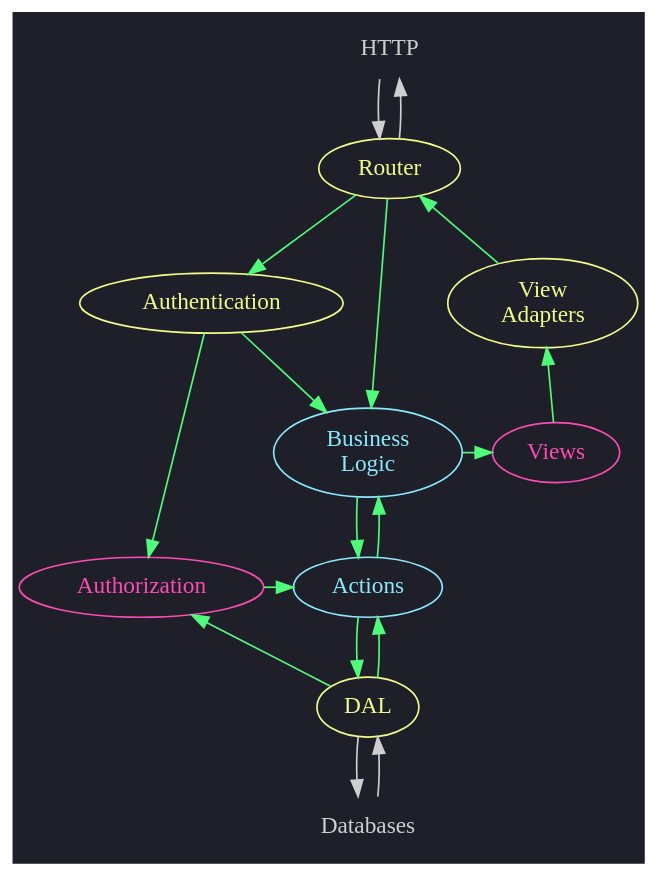
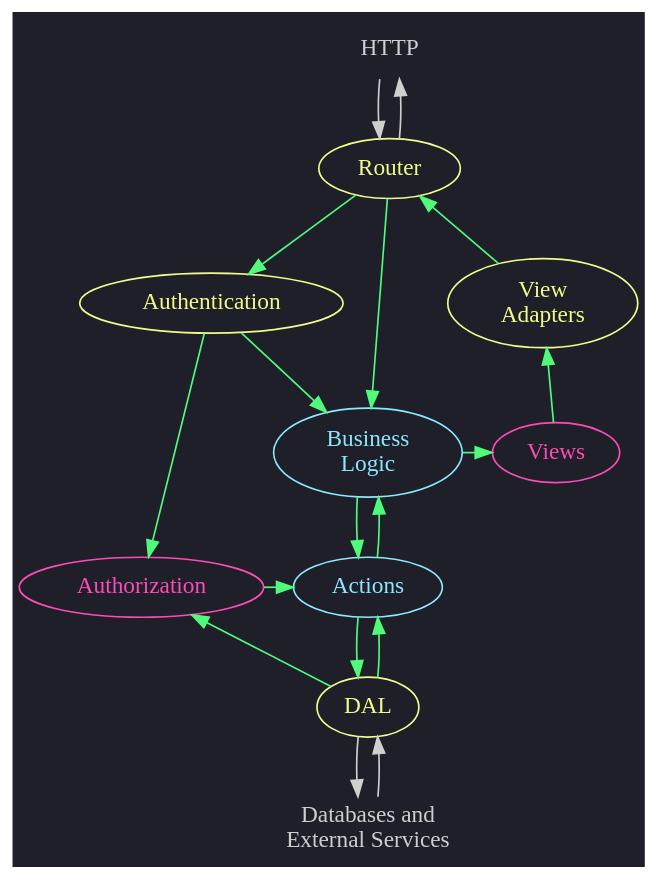
Before and after one commit to remexre/remexre.github.io: the second of 3 diagrams in content/enterprise-strawman.md, drawn with Graphviz. The commit also changed other lines of this file, not shown here.

````diff
--- a/content/enterprise-strawman.md
+++ b/content/enterprise-strawman.md
@@ -48,48 +50,48 @@
 ```dot
 digraph "dataflow graph" {
 	graph[bgcolor="#1e1f29"];
 
-	HTTP[color="#cfcfcf" fontcolor="#cfcfcf" pos="0,0!" shape=plaintext];
-	Databases[color="#cfcfcf" fontcolor="#cfcfcf" shape=plaintext];
+	HTTP[color="#cfcfcf" fontcolor="#cfcfcf" shape=plaintext];
+	Databases[color="#cfcfcf" fontcolor="#cfcfcf" label="Databases and\nExternal Services" shape=plaintext];
 
 	Authorization[color="#fc4cb4" fontcolor="#fc4cb4"];
 	Actions[color="#8be9fe" fontcolor="#8be9fe"];
 	BLogic[color="#8be9fe" fontcolor="#8be9fe" label="Business\nLogic"];
 	DAL[color="#f0fb8c" fontcolor="#f0fb8c"];
-	Router[color="#f0fb8c" fontcolor="#f0fb8c" pos="100,0!"];
+	Router[color="#f0fb8c" fontcolor="#f0fb8c"];
 	ViewAdapters[color="#f0fb8c" fontcolor="#f0fb8c" label="View\nAdapters"];
 	Views[color="#fc4cb4" fontcolor="#fc4cb4"];
 
 	Authentication[color="#f0fb8c" fontcolor="#f0fb8c"];
 
 	{rank=same; Authentication, ViewAdapters};
 	{rank=same; BLogic, Views};
 	{rank=same; Actions, Authorization};
 
 	HTTP -> Router -> HTTP [color="#cfcfcf"];
 	Databases -> DAL -> Databases [color="#cfcfcf"];
 
 	// When the router gets a request, it passes it to the business logic,
 	// along with the results of authentication.
 	Router -> BLogic [color="#50fb7c"];
 	Router -> Authentication -> BLogic [color="#50fb7c"];
 
 	// The business logic performs actions (and gets data from them).
 	BLogic -> Actions -> BLogic [color="#50fb7c"];
 
 	// Actions are allowed or disallowed based on the results of
 	// authorization, which is also informed by authentication and the
 	// database (via the DAL).
 	Authentication -> Authorization [color="#50fb7c"];
 	Authorization -> Actions [color="#50fb7c"];
 	DAL -> Authorization [color="#50fb7c"];
 
 	// Actions communicate with the database via the DAL.
 	Actions -> DAL -> Actions [color="#50fb7c"];
 
 	// The business logic then communicates the response to views, which
 	// are rendered with view adapters, which then send a rendered response
 	// to the router.
 	BLogic -> Views -> ViewAdapters -> Router [color="#50fb7c"];
 }
 ```
````
